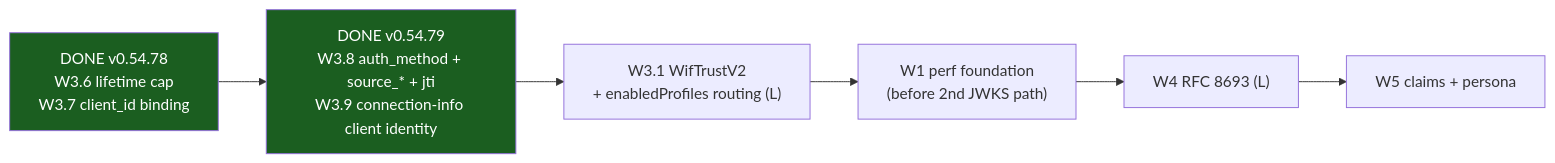
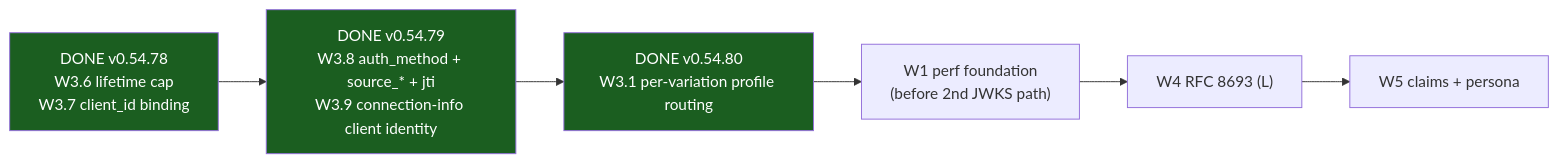
Before and after one commit to pranems/SCIMServer: the fifth of 5 diagrams in docs/auth/WIF_END_TO_END_PROOF_AND_AUTH_METHOD_REFERENCE.md, drawn with Mermaid. The commit also changed other lines of this file and 13 other files, not shown here.

First line of the commit message:
fix(wif): route a WIF trust on the protocol profile it declares (W3.1, right-sized)

````diff
--- a/docs/auth/WIF_END_TO_END_PROOF_AND_AUTH_METHOD_REFERENCE.md
+++ b/docs/auth/WIF_END_TO_END_PROOF_AND_AUTH_METHOD_REFERENCE.md
@@ -816,9 +832,9 @@
 ```mermaid
 flowchart LR
     A["DONE v0.54.78<br/>W3.6 lifetime cap<br/>W3.7 client_id binding"]:::done --> C["DONE v0.54.79<br/>W3.8 auth_method + source_* + jti<br/>W3.9 connection-info client identity"]:::done
-    C --> E["W3.1 WifTrustV2<br/>+ enabledProfiles routing (L)"]
+    C --> E["DONE v0.54.80<br/>W3.1 per-variation profile routing"]:::done
     E --> F["W1 perf foundation<br/>(before 2nd JWKS path)"]
     F --> G["W4 RFC 8693 (L)"]
     G --> H["W5 claims + persona"]
     classDef done fill:#1b5e20,color:#fff
 ```
````
